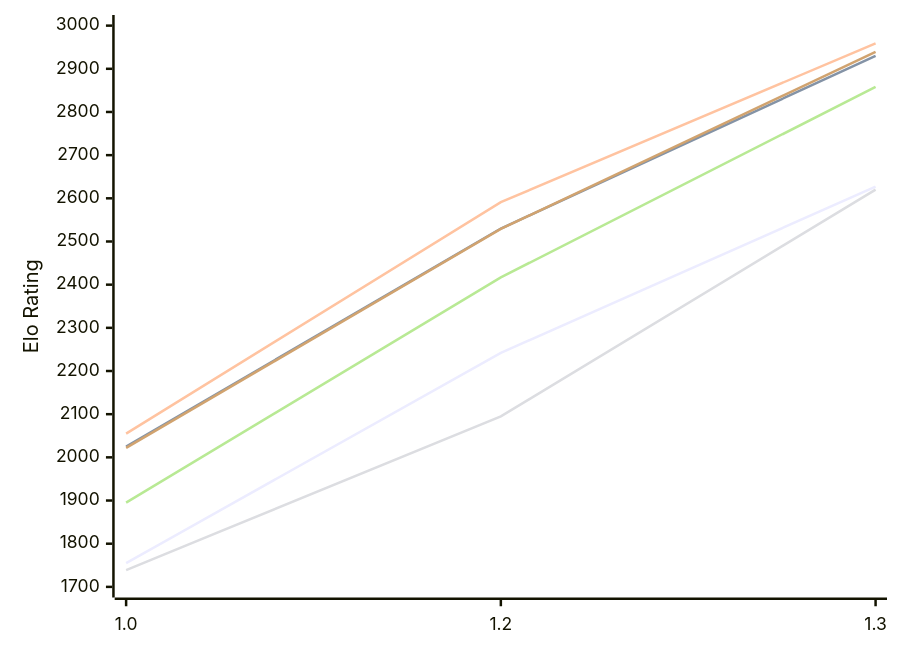
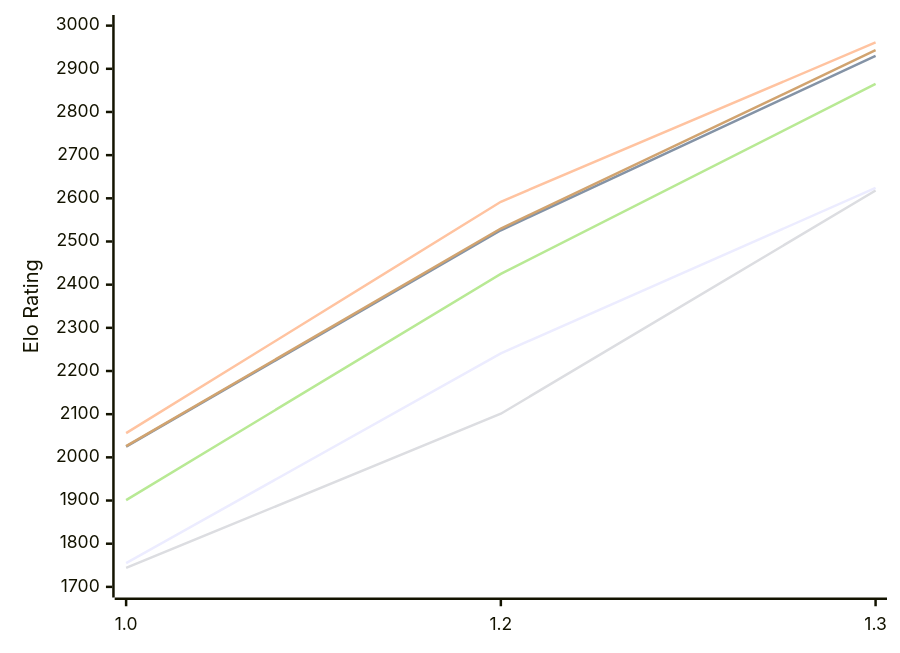
Before and after one commit to computer-chess-index/cci: the first of 2 diagrams in engines/Echekinator.md, drawn with Mermaid. The commit also changed other lines of this file, not shown here.

Commit message:
Update CCI Ratings (ELO VLTC) - 2026-11-17

````diff
--- a/engines/Echekinator.md
+++ b/engines/Echekinator.md
@@ -52,12 +52,12 @@
 ```mermaid
 %%{init: {"theme":"base","themeVariables":{"seriesColors:['#a3a3a3','#222221','#faa371']}}}%%
 xychart-beta
   x-axis ["1.0", "1.2", "1.3"]
   y-axis "Elo Rating" 1700 --> 3000
-  line "E1: STC (8.0+0.08s)" [1755, 2242, 2627]
-  line "E1: LTC (60.0+0.60s)" [2025, 2530, 2930]
-  line "E1: VLTC (2m24s+1.12s)" [2055, 2591, 2959]
-  line "P1: STC (8.0+0.08s)" [1739, 2095, 2620]
-  line "P1: LTC (60.0+0.60s)" [1895, 2417, 2858]
-  line "P1: VLTC (2m24s+1.12s)" [2022, 2529, 2939]
+  line "E1: STC (8.0+0.08s)" [1755, 2241, 2624]
+  line "E1: LTC (60.0+0.60s)" [2025, 2526, 2930]
+  line "E1: VLTC (2m24s+1.12s)" [2056, 2592, 2961]
+  line "P1: STC (8.0+0.08s)" [1744, 2101, 2618]
+  line "P1: LTC (60.0+0.60s)" [1901, 2425, 2865]
+  line "P1: VLTC (2m24s+1.12s)" [2026, 2530, 2943]
 ```
````
